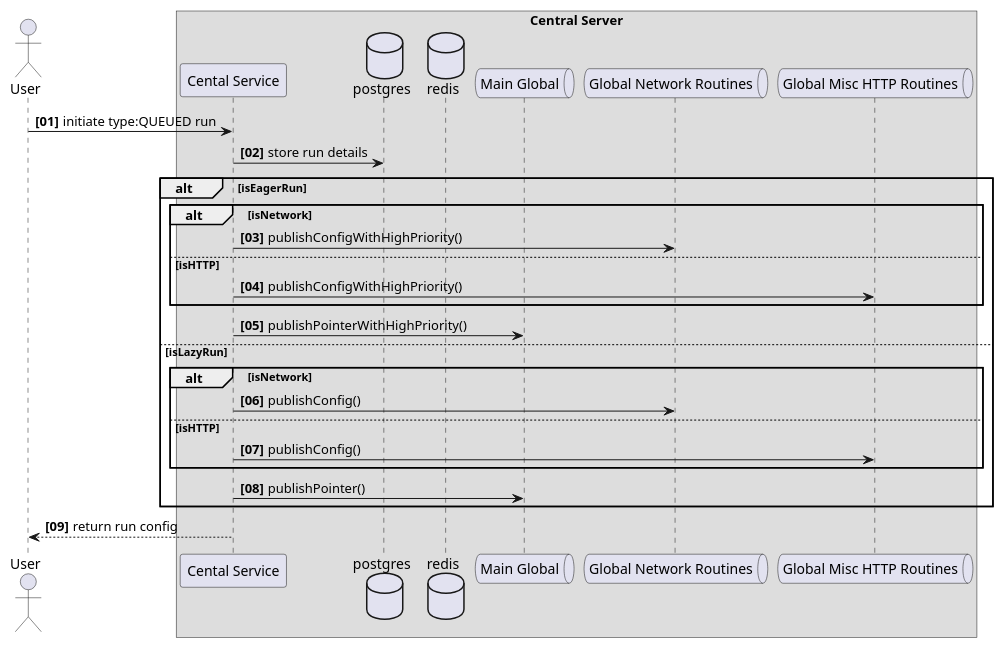
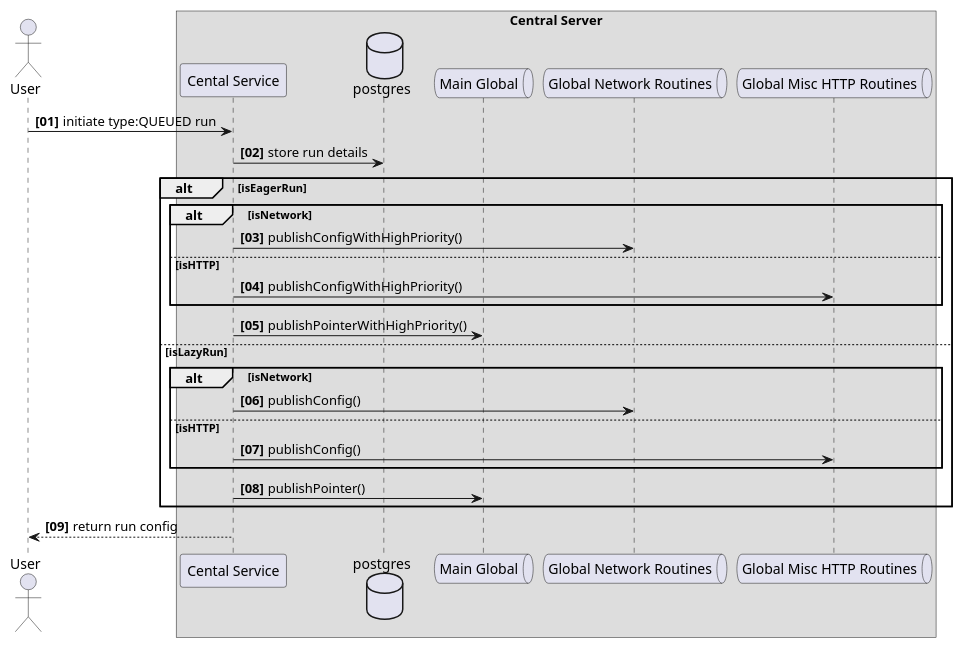
Before and after one commit to anovimous/automata: the diagram in plan/HLD/sequence-diagrams/misc-queued-run-initiation.puml, drawn with PlantUML.

Commit message:
docs(routine-run-management): removed unused participant redis

```diff
--- a/plan/HLD/sequence-diagrams/misc-queued-run-initiation.puml
+++ b/plan/HLD/sequence-diagrams/misc-queued-run-initiation.puml
@@ -1,33 +1,32 @@
 @startuml
 actor "User" as user
 box "Central Server"
 participant "Cental Service" as api
 database postgres
-database redis
 queue "Main Global" as mainq
 queue "Global Network Routines" as networkq
 queue "Global Misc HTTP Routines" as miscq
 end box
 
 autonumber "<b>[00]"
 user -> api : initiate type:QUEUED run
 api -> postgres : store run details
 
 alt isEagerRun
 alt isNetwork
 api -> networkq : publishConfigWithHighPriority()
 else isHTTP
 api -> miscq : publishConfigWithHighPriority()
 end
 api -> mainq : publishPointerWithHighPriority()
 else isLazyRun
 alt isNetwork
 api -> networkq : publishConfig()
 else isHTTP
 api -> miscq : publishConfig()
 end
 api -> mainq : publishPointer()
 end
 api --> user : return run config
 
 @enduml
```
